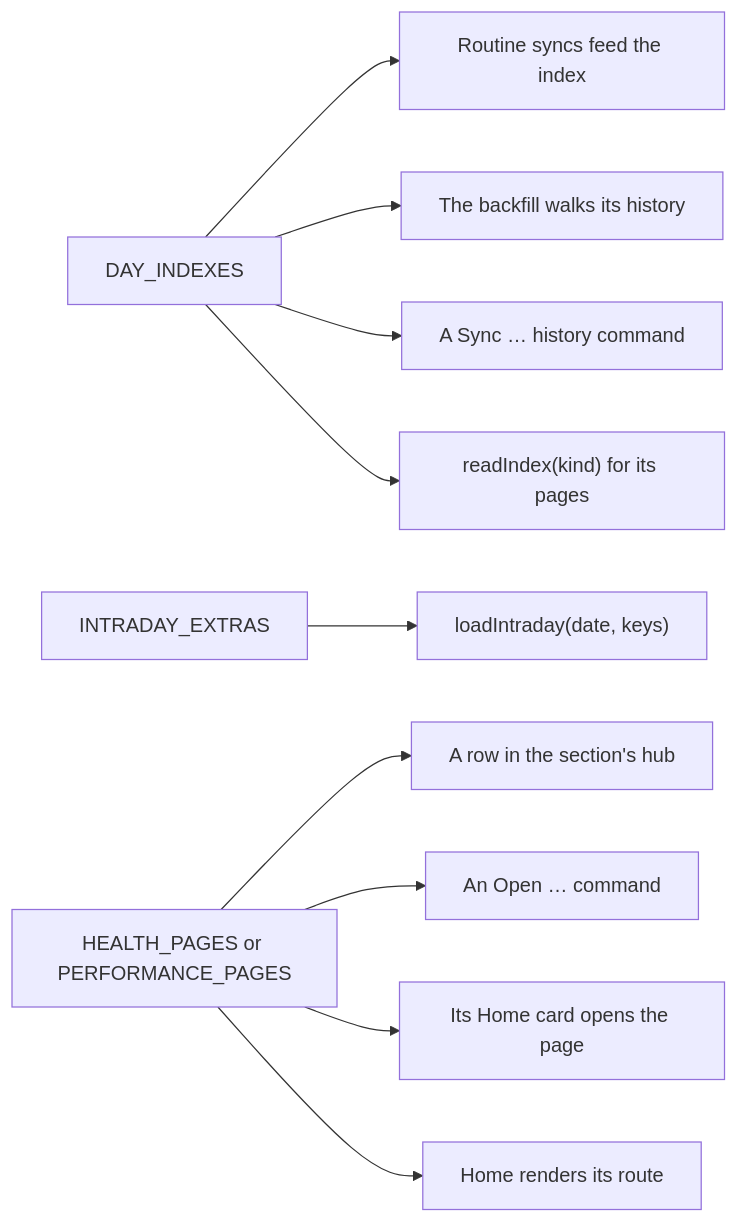
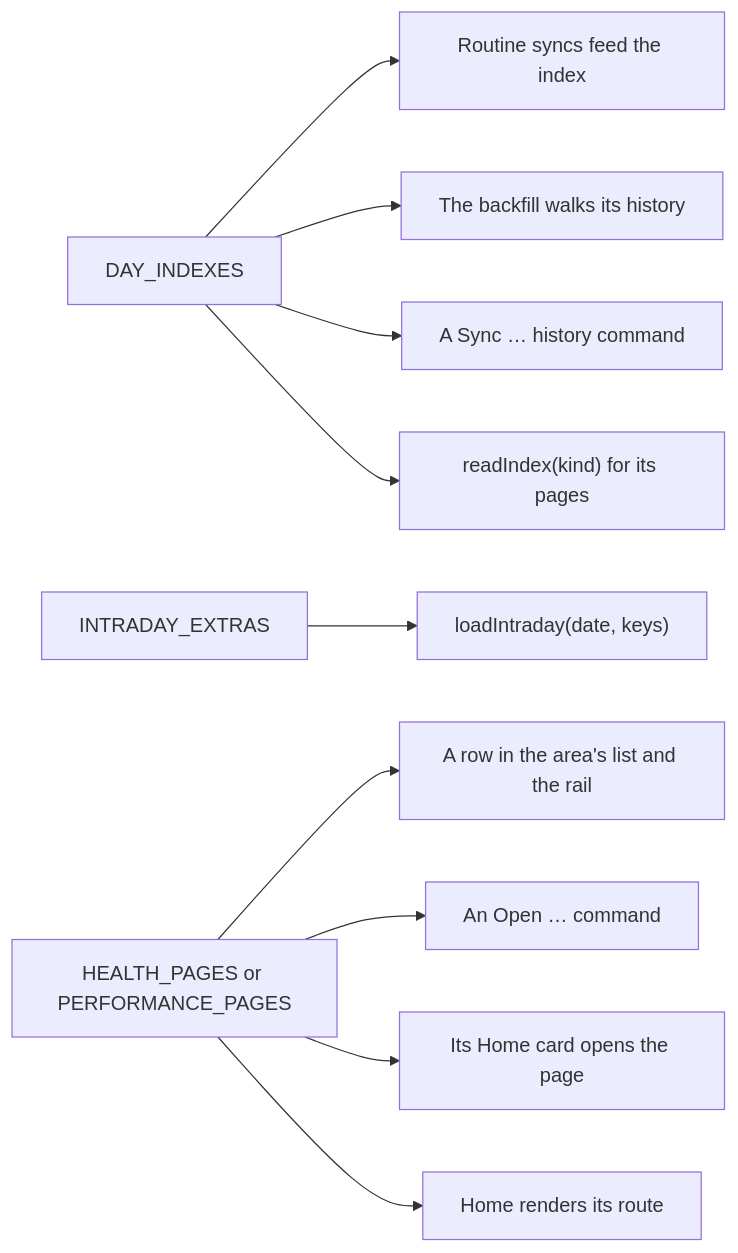
Before and after one commit to tareqayz/Obsidian-Garmin-Connect: the diagram in docs/building-pages.md, drawn with Mermaid. The commit also changed other lines of this file and 24 other files, not shown here.

````diff
--- a/docs/building-pages.md
+++ b/docs/building-pages.md
@@ -90,12 +120,12 @@
 ```mermaid
 flowchart LR
   idx["DAY_INDEXES"] --> feed["Routine syncs feed the index"]
   idx --> walk["The backfill walks its history"]
   idx --> cmd["A Sync … history command"]
   idx --> read["readIndex(kind) for its pages"]
   extras["INTRADAY_EXTRAS"] --> load["loadIntraday(date, keys)"]
-  pages["HEALTH_PAGES or PERFORMANCE_PAGES"] --> hub["A row in the section's hub"]
+  pages["HEALTH_PAGES or PERFORMANCE_PAGES"] --> hub["A row in the area's list and the rail"]
   pages --> open["An Open … command"]
   pages --> card["Its Home card opens the page"]
   pages --> route["Home renders its route"]
 ```
````
